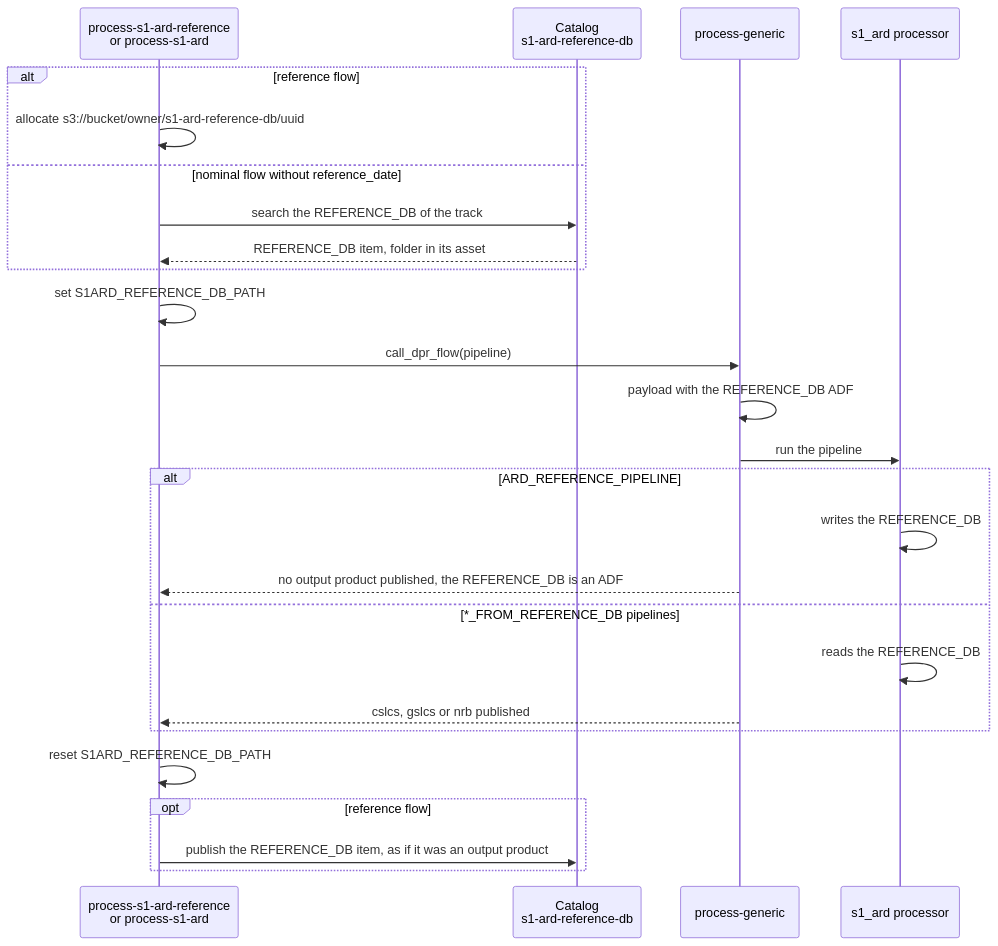
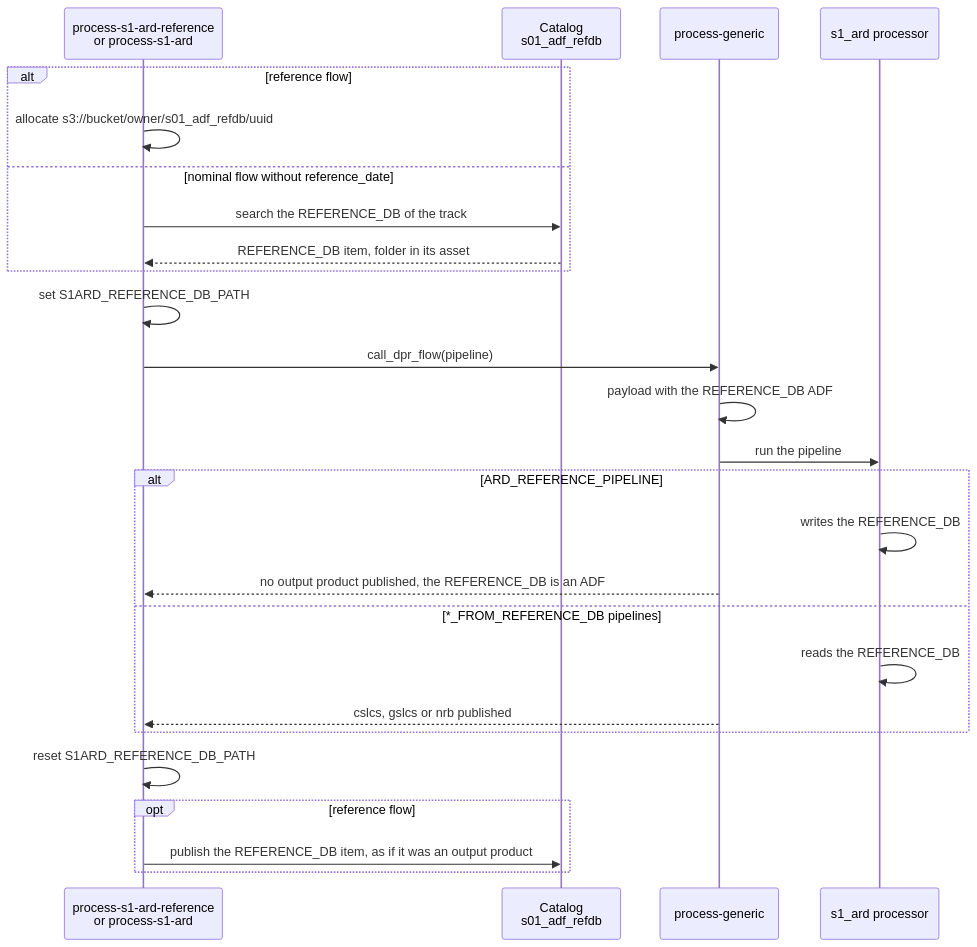
The second of 2 diagrams in docs/doc/flows/sentinel1-flows.md (RS-PYTHON/rs-client-libraries), drawn with Mermaid before and after one commit. The commit also changed other lines of this file and 5 other files, not shown here.

First line of the commit message:
Rename the S1 ARD REFERENCE_DB collection to s01_adf_refdb

````diff
--- a/docs/doc/flows/sentinel1-flows.md
+++ b/docs/doc/flows/sentinel1-flows.md
@@ -118,29 +118,29 @@
 ```mermaid
 sequenceDiagram
     participant s1ard as process-s1-ard-reference<br/>or process-s1-ard
-    participant catalog as Catalog<br/>s1-ard-reference-db
+    participant catalog as Catalog<br/>s01_adf_refdb
     participant generic as process-generic
     participant proc as s1_ard processor
 
     alt reference flow
-        s1ard->>s1ard: allocate s3://bucket/owner/s1-ard-reference-db/uuid
+        s1ard->>s1ard: allocate s3://bucket/owner/s01_adf_refdb/uuid
     else nominal flow without reference_date
         s1ard->>catalog: search the REFERENCE_DB of the track
         catalog-->>s1ard: REFERENCE_DB item, folder in its asset
     end
     s1ard->>s1ard: set S1ARD_REFERENCE_DB_PATH
     s1ard->>generic: call_dpr_flow(pipeline)
     generic->>generic: payload with the REFERENCE_DB ADF
     generic->>proc: run the pipeline
     alt ARD_REFERENCE_PIPELINE
         proc->>proc: writes the REFERENCE_DB
         generic-->>s1ard: no output product published, the REFERENCE_DB is an ADF
     else *_FROM_REFERENCE_DB pipelines
         proc->>proc: reads the REFERENCE_DB
         generic-->>s1ard: cslcs, gslcs or nrb published
     end
     s1ard->>s1ard: reset S1ARD_REFERENCE_DB_PATH
     opt reference flow
         s1ard->>catalog: publish the REFERENCE_DB item, as if it was an output product
     end
 ```
````
